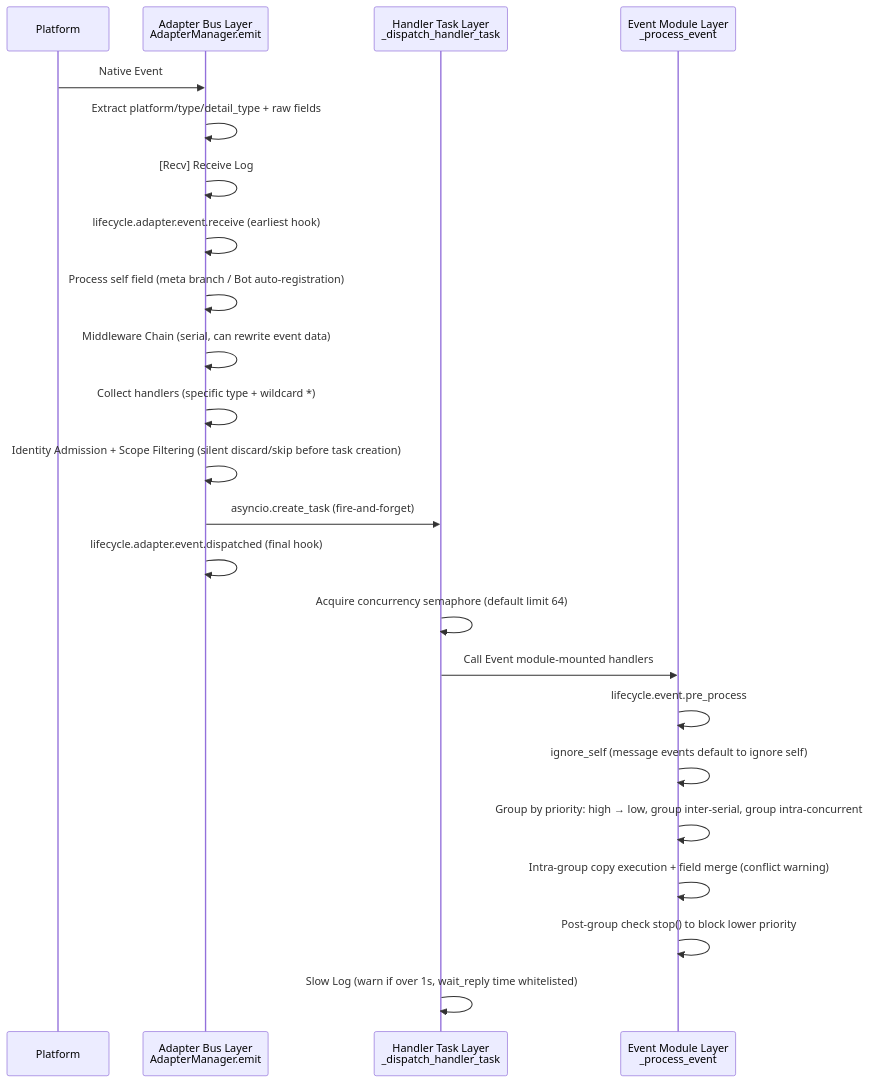
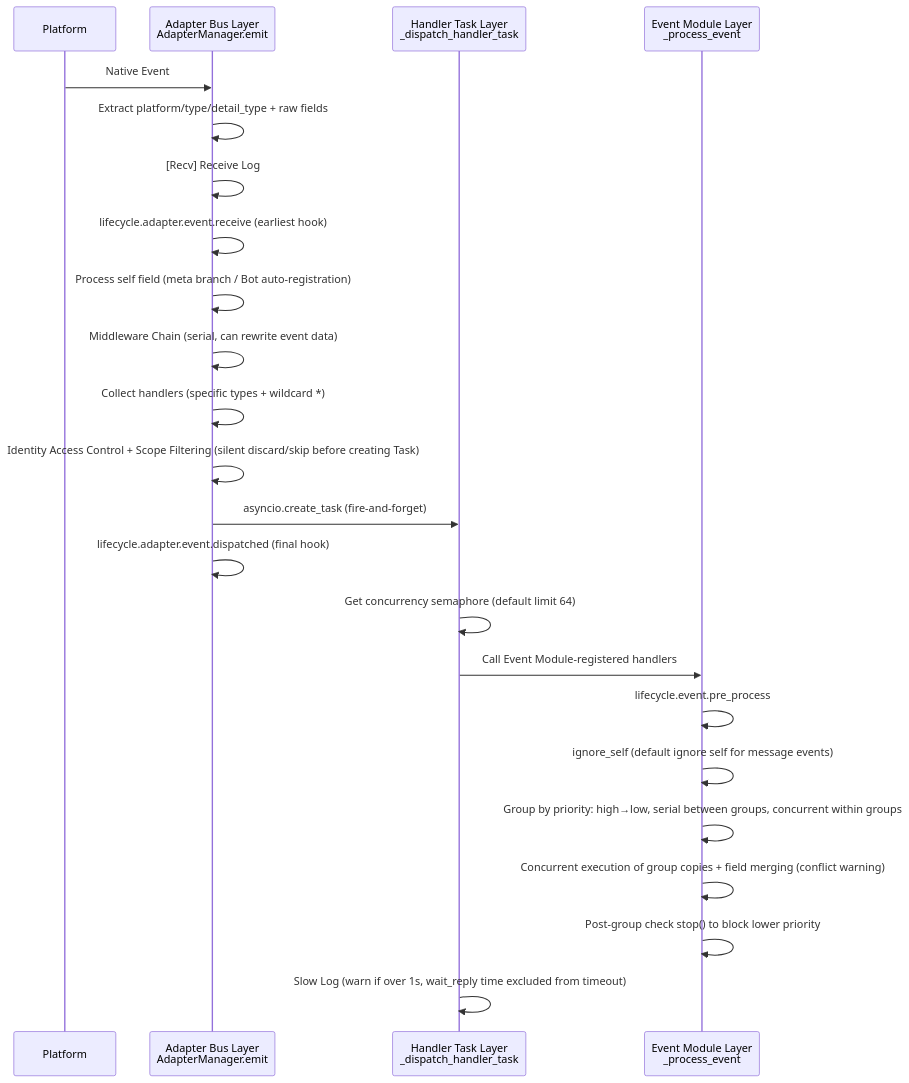
The fourth of 9 diagrams in docs/en/architecture.md (ErisPulse/ErisPulse), drawn with Mermaid before and after one commit. The commit also changed other lines of this file and 91 other files, not shown here.

````diff
--- a/docs/en/architecture.md
+++ b/docs/en/architecture.md
@@ -113,26 +113,26 @@
 ```mermaid
 sequenceDiagram
     participant P as Platform
     participant A as Adapter Bus Layer<br/>AdapterManager.emit
     participant T as Handler Task Layer<br/>_dispatch_handler_task
     participant E as Event Module Layer<br/>_process_event
 
     P->>A: Native Event
     A->>A: Extract platform/type/detail_type + raw fields
     A->>A: [Recv] Receive Log
     A->>A: lifecycle.adapter.event.receive (earliest hook)
     A->>A: Process self field (meta branch / Bot auto-registration)
     A->>A: Middleware Chain (serial, can rewrite event data)
-    A->>A: Collect handlers (specific type + wildcard *)
-    A->>A: Identity Admission + Scope Filtering (silent discard/skip before task creation)
+    A->>A: Collect handlers (specific types + wildcard *)
+    A->>A: Identity Access Control + Scope Filtering (silent discard/skip before creating Task)
     A->>T: asyncio.create_task (fire-and-forget)
     A->>A: lifecycle.adapter.event.dispatched (final hook)
-    T->>T: Acquire concurrency semaphore (default limit 64)
-    T->>E: Call Event module-mounted handlers
+    T->>T: Get concurrency semaphore (default limit 64)
+    T->>E: Call Event Module-registered handlers
     E->>E: lifecycle.event.pre_process
-    E->>E: ignore_self (message events default to ignore self)
-    E->>E: Group by priority: high → low, group inter-serial, group intra-concurrent
-    E->>E: Intra-group copy execution + field merge (conflict warning)
+    E->>E: ignore_self (default ignore self for message events)
+    E->>E: Group by priority: high→low, serial between groups, concurrent within groups
+    E->>E: Concurrent execution of group copies + field merging (conflict warning)
     E->>E: Post-group check stop() to block lower priority
-    T->>T: Slow Log (warn if over 1s, wait_reply time whitelisted)
+    T->>T: Slow Log (warn if over 1s, wait_reply time excluded from timeout)
 ```
````
